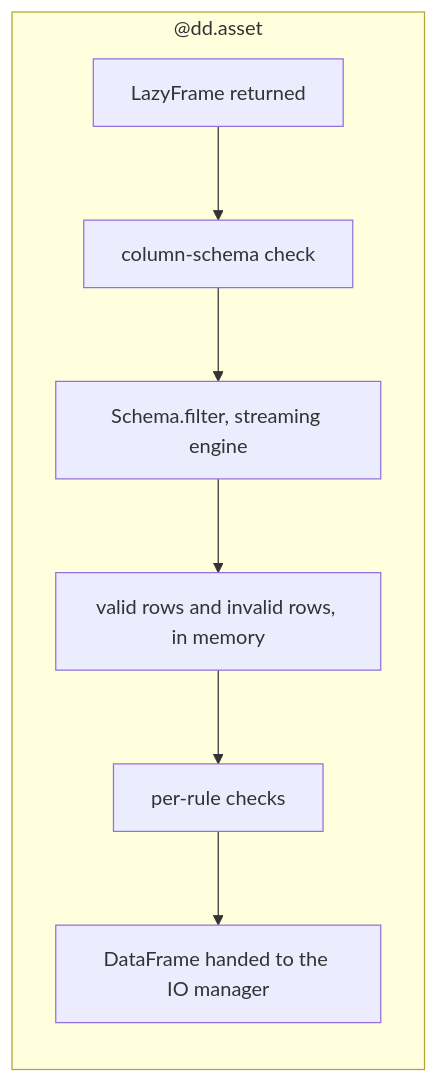
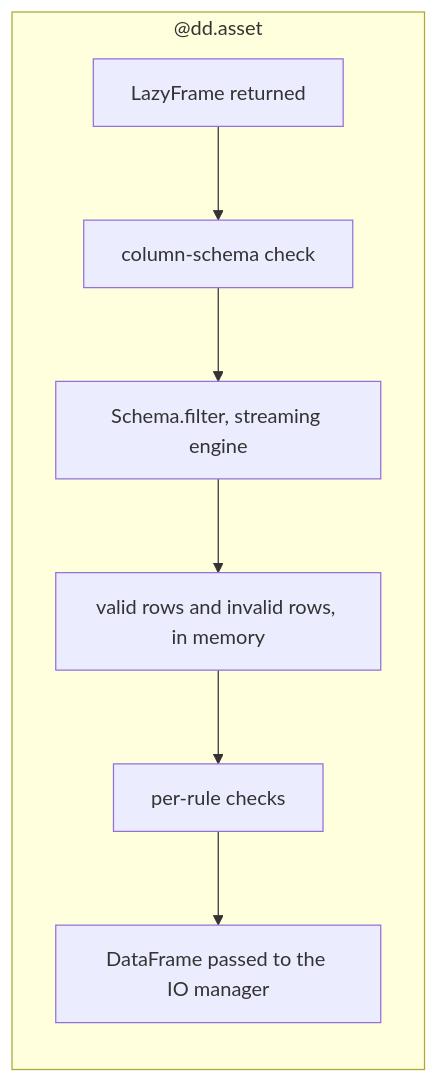
One commit to ozanozbeker/dagster-dataframely changed the diagram in user_guide/lazyframes.qmd. Above: the diagram before and after it, drawn with Mermaid. The commit also changed other lines of this file and 46 other files, not shown here.

````diff
--- a/user_guide/lazyframes.qmd
+++ b/user_guide/lazyframes.qmd
@@ -23,12 +23,12 @@
 ```{mermaid}
 %%| label: lazyframes-diagram
 flowchart TB
     subgraph validated["@dd.asset"]
         direction TB
         V1["LazyFrame returned"] --> V2["column-schema check"]
         V2 --> V3["Schema.filter, streaming engine"]
         V3 --> V4["valid rows and invalid rows, in memory"]
         V4 --> V5["per-rule checks"]
-        V5 --> V6["DataFrame handed to the IO manager"]
+        V5 --> V6["DataFrame passed to the IO manager"]
     end
 ```
````
